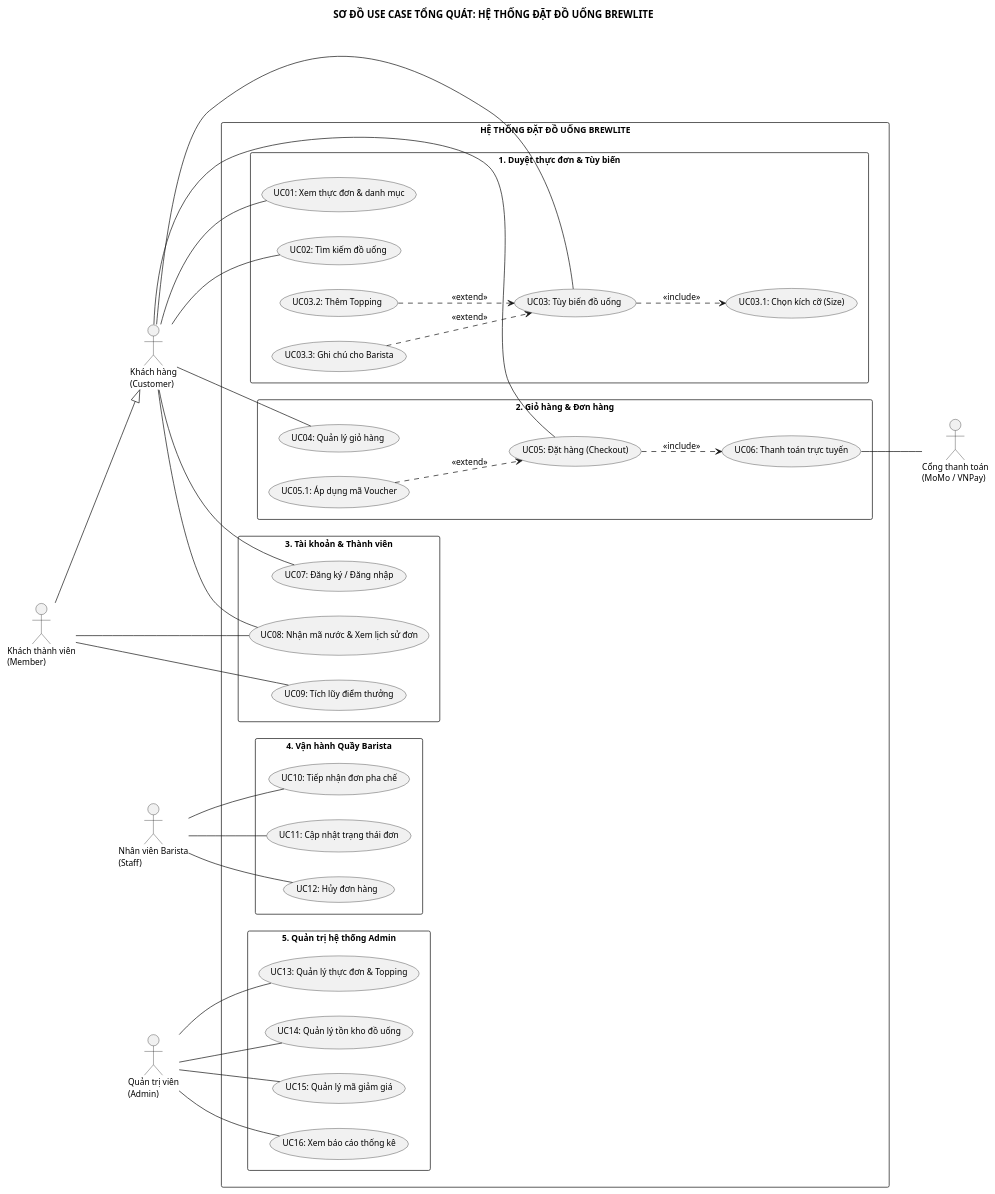
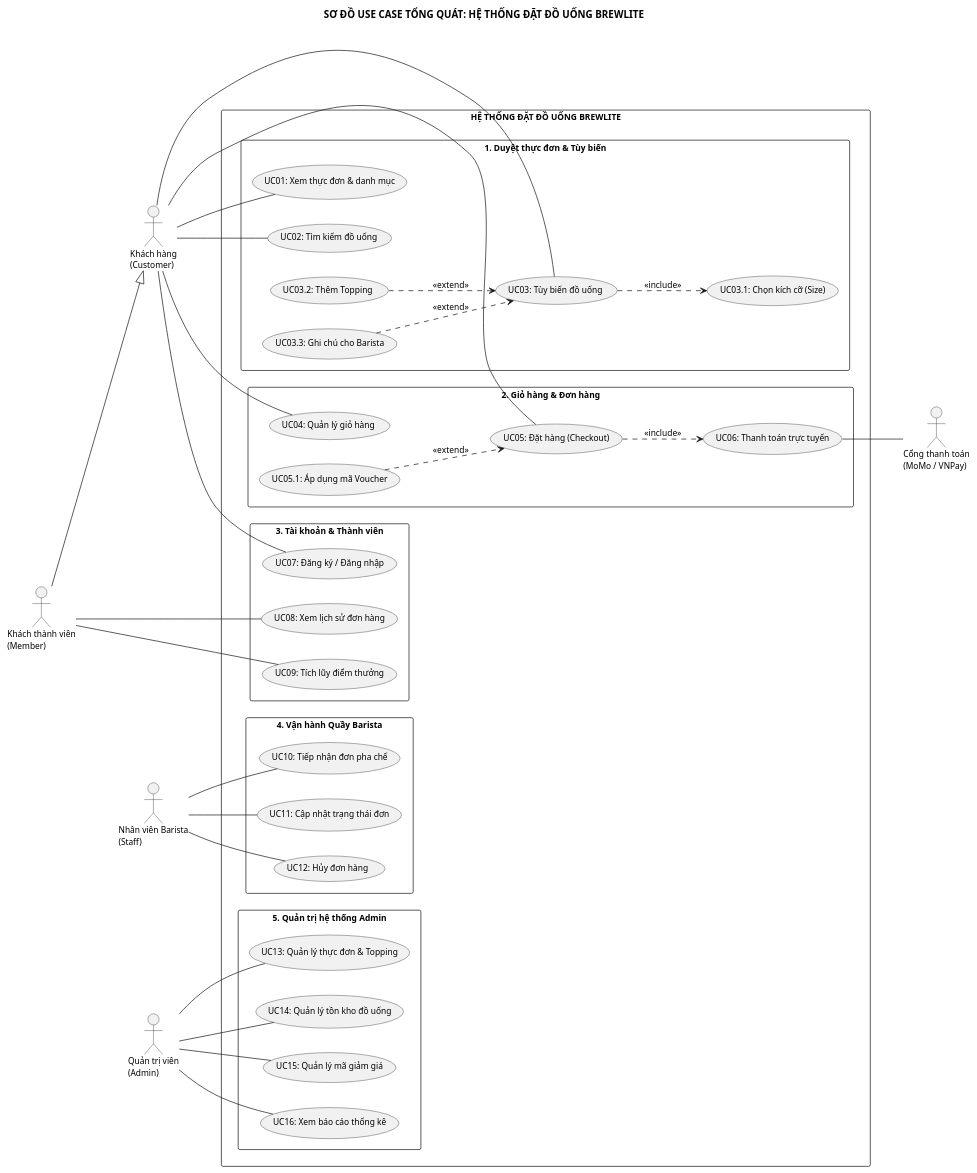
Before and after one commit to nphat-code/swe-project: the diagram in docs/diagrams/use-case/use-case-system.puml, drawn with PlantUML. The commit also changed 6 other files, not shown here.

Commit message:
fix(use-case): fix UML generalization redundancy by assigning UC08 exclusively to Member

```diff
--- a/docs/diagrams/use-case/use-case-system.puml
+++ b/docs/diagrams/use-case/use-case-system.puml
@@ -1,82 +1,81 @@
 @startuml use-case-system
 title SƠ ĐỒ USE CASE TỔNG QUÁT: HỆ THỐNG ĐẶT ĐỒ UỐNG BREWLITE
 left to right direction
 skinparam monochrome true
 skinparam shadowing false
 skinparam defaultFontName "Arial"
 skinparam defaultFontSize 12
 skinparam packageStyle rectangle
 
 actor "Khách hàng\n(Customer)" as Customer
 actor "Khách thành viên\n(Member)" as Member
 actor "Nhân viên Barista\n(Staff)" as Barista
 actor "Quản trị viên\n(Admin)" as Admin
 actor "Cổng thanh toán\n(MoMo / VNPay)" as PaymentGW
 
 Member --|> Customer
 
 rectangle "HỆ THỐNG ĐẶT ĐỒ UỐNG BREWLITE" {
     package "1. Duyệt thực đơn & Tùy biến" {
         usecase "UC01: Xem thực đơn & danh mục" as UC1
         usecase "UC02: Tìm kiếm đồ uống" as UC2
         usecase "UC03: Tùy biến đồ uống" as UC3
         usecase "UC03.1: Chọn kích cỡ (Size)" as UC3_1
         usecase "UC03.2: Thêm Topping" as UC3_2
         usecase "UC03.3: Ghi chú cho Barista" as UC3_3
     }
 
     package "2. Giỏ hàng & Đơn hàng" {
         usecase "UC04: Quản lý giỏ hàng" as UC4
         usecase "UC05: Đặt hàng (Checkout)" as UC5
         usecase "UC05.1: Áp dụng mã Voucher" as UC5_1
         usecase "UC06: Thanh toán trực tuyến" as UC6
     }
 
     package "3. Tài khoản & Thành viên" {
         usecase "UC07: Đăng ký / Đăng nhập" as UC7
-        usecase "UC08: Nhận mã nước & Xem lịch sử đơn" as UC8
+        usecase "UC08: Xem lịch sử đơn hàng" as UC8
         usecase "UC09: Tích lũy điểm thưởng" as UC9
     }
 
     package "4. Vận hành Quầy Barista" {
         usecase "UC10: Tiếp nhận đơn pha chế" as UC10
         usecase "UC11: Cập nhật trạng thái đơn" as UC11
         usecase "UC12: Hủy đơn hàng" as UC12
     }
 
     package "5. Quản trị hệ thống Admin" {
         usecase "UC13: Quản lý thực đơn & Topping" as UC13
         usecase "UC14: Quản lý tồn kho đồ uống" as UC14
         usecase "UC15: Quản lý mã giảm giá" as UC15
         usecase "UC16: Xem báo cáo thống kê" as UC16
     }
 }
 
 Customer -- UC1
 Customer -- UC2
 Customer -- UC3
 Customer -- UC4
 Customer -- UC5
 Customer -- UC7
-Customer -- UC8
 
 Member -- UC8
 Member -- UC9
 
 UC3 ..> UC3_1 : <<include>>
 UC3_2 ..> UC3 : <<extend>>
 UC3_3 ..> UC3 : <<extend>>
 
 UC5 ..> UC6 : <<include>>
 UC5_1 ..> UC5 : <<extend>>
 UC6 -- PaymentGW
 
 Barista -- UC10
 Barista -- UC11
 Barista -- UC12
 
 Admin -- UC13
 Admin -- UC14
 Admin -- UC15
 Admin -- UC16
 @enduml
```
